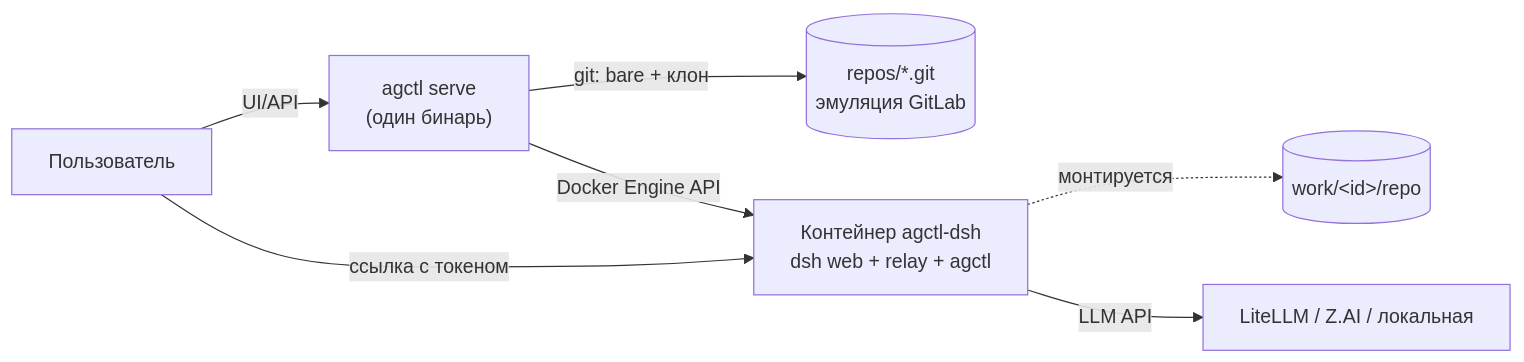
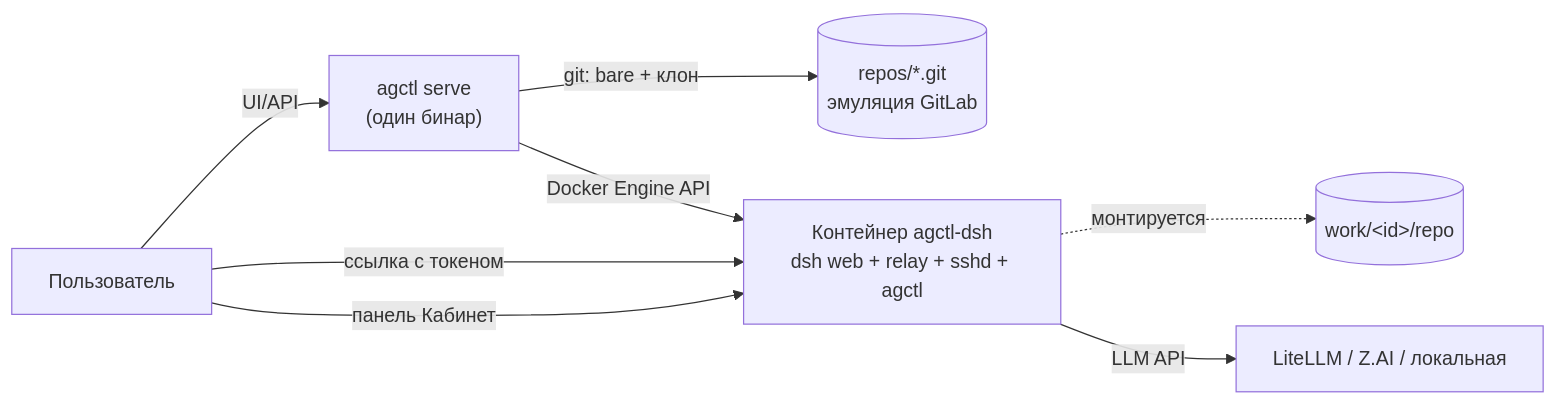
Before and after one commit to arijjia/agctl: the diagram in README.md, drawn with Mermaid. The commit also changed other lines of this file and 3 other files, not shown here.

Commit message:
docs: README и docs под agctl v2 — кабинет-плагин, уровни платформы, SSH/Mutagen команды, serve --cors-origin, e2e-скрипты; roadmap v1 заменён на architecture.md

````diff
--- a/README.md
+++ b/README.md
@@ -10,9 +13,10 @@
 ```mermaid
 flowchart LR
-    U[Пользователь] -->|UI/API| B["agctl serve<br/>(один бинарь)"]
+    U[Пользователь] -->|UI/API| B["agctl serve<br/>(один бинар)"]
     B -->|git: bare + клон| R[("repos/*.git<br/>эмуляция GitLab")]
-    B -->|Docker Engine API| C["Контейнер agctl-dsh<br/>dsh web + relay + agctl"]
+    B -->|Docker Engine API| C["Контейнер agctl-dsh<br/>dsh web + relay + sshd + agctl"]
     C -.монтируется.-> W[("work/&lt;id&gt;/repo")]
     C -->|LLM API| L[LiteLLM / Z.AI / локальная]
     U -->|ссылка с токеном| C
+    U -->|панель Кабинет| C
 ```
````
